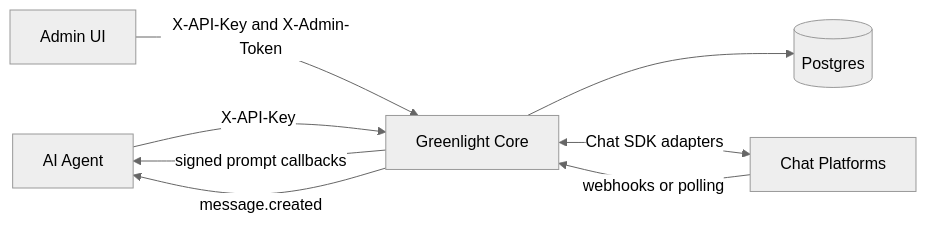
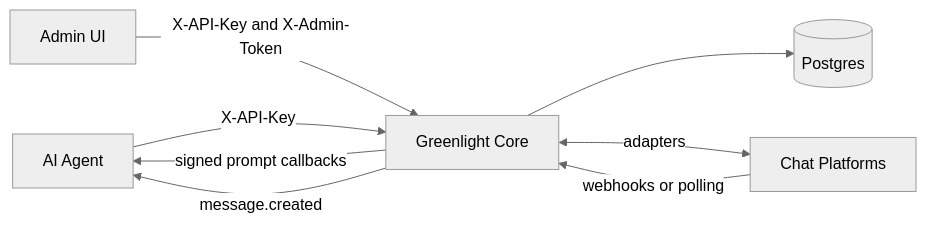
Before and after one commit to HashTerm/greenlight: the diagram in docs-site/content/guides/architecture.mdx, drawn with Mermaid. The commit also changed other lines of this file and 7 other files, not shown here.

First line of the commit message:
docs: demote Chat SDK into Credits attribution

````diff
--- a/docs-site/content/guides/architecture.mdx
+++ b/docs-site/content/guides/architecture.mdx
@@ -5,17 +5,17 @@
 ```mermaid
 %%{init: {'theme': 'neutral'}}%%
 flowchart LR
   agent[AI Agent]
   ui[Admin UI]
   core[Greenlight Core]
   db[(Postgres)]
   platforms[Chat Platforms]
 
   agent -->|X-API-Key| core
   ui -->|"X-API-Key and X-Admin-Token"| core
   core --> db
-  core <-->|Chat SDK adapters| platforms
+  core <-->|adapters| platforms
   core -->|signed prompt callbacks| agent
   core -->|message.created| agent
   platforms -->|webhooks or polling| core
 ```
````
